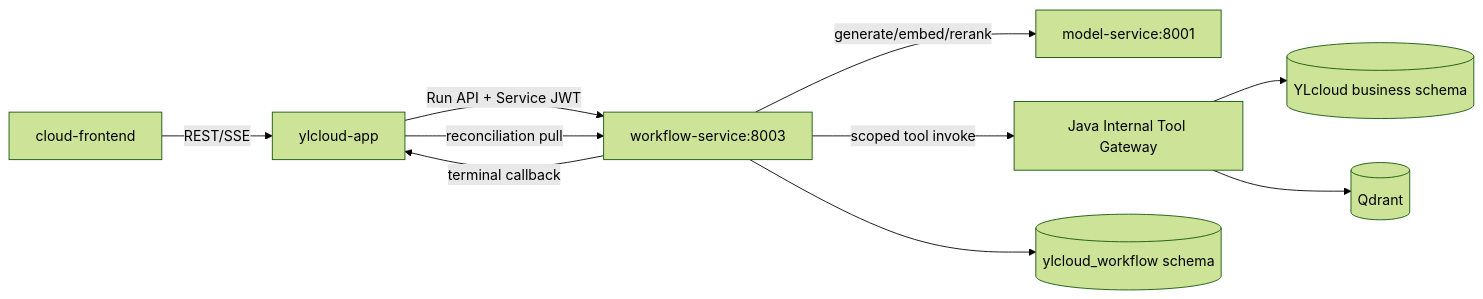
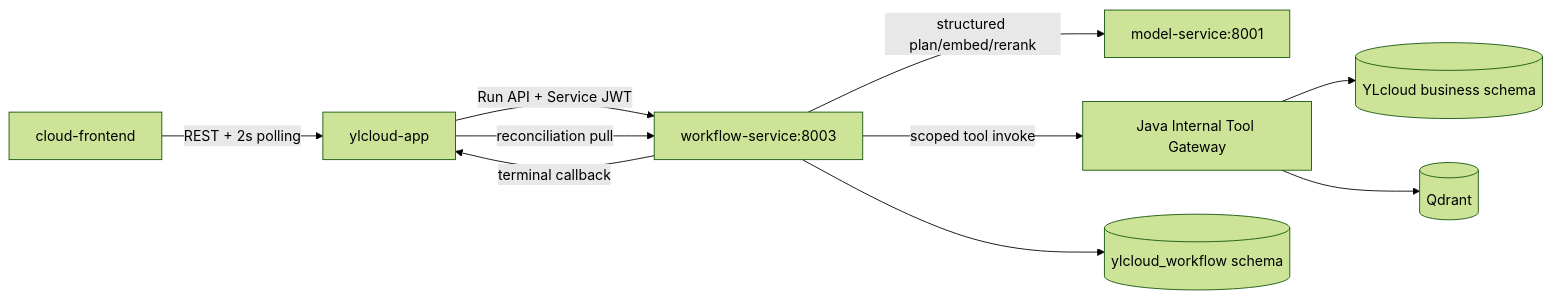
The diagram in docs/obsidian/10-规划与实施/ADR-20260722-001-独立Workflow服务通信架构.md (YLorb/YLcloud), drawn with Mermaid (forest theme) before and after one commit. The commit also changed other lines of this file and 16 other files, not shown here.

```diff
--- a/docs/obsidian/10-规划与实施/ADR-20260722-001-独立Workflow服务通信架构.md
+++ b/docs/obsidian/10-规划与实施/ADR-20260722-001-独立Workflow服务通信架构.md
@@ -19,12 +19,12 @@
 ~~~mermaid
 flowchart LR
-  UI[cloud-frontend] -->|REST/SSE| APP[ylcloud-app]
+  UI[cloud-frontend] -->|REST + 2s polling| APP[ylcloud-app]
   APP -->|Run API + Service JWT| WF[workflow-service:8003]
-  WF -->|generate/embed/rerank| MODEL[model-service:8001]
+  WF -->|structured plan/embed/rerank| MODEL[model-service:8001]
   WF -->|scoped tool invoke| TOOL[Java Internal Tool Gateway]
   TOOL --> DB[(YLcloud business schema)]
   TOOL --> Q[(Qdrant)]
   WF --> WDB[(ylcloud_workflow schema)]
   WF -->|terminal callback| APP
   APP -->|reconciliation pull| WF
 ~~~
```
